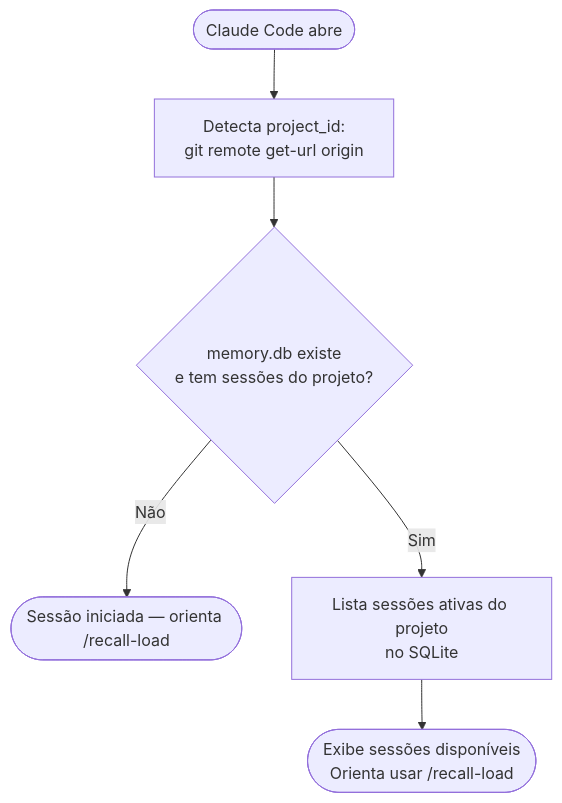
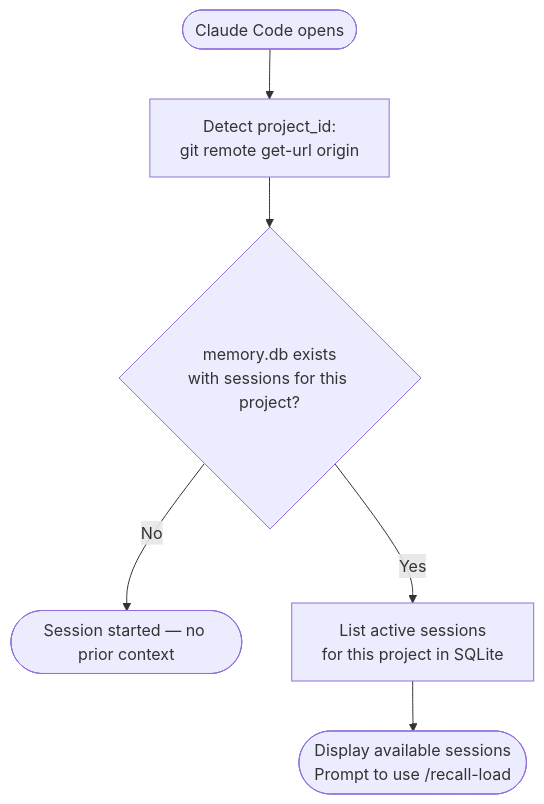
Before and after one commit to altvoratech/recall: the first of 5 diagrams in FLUXO-ATUAL.md, drawn with Mermaid. The commit also changed other lines of this file and 1 other file, not shown here.

````diff
--- a/FLUXO-ATUAL.md
+++ b/FLUXO-ATUAL.md
@@ -83,10 +108,10 @@
 ```mermaid
 flowchart TD
-    A([Claude Code abre]) --> B[Detecta project_id:\ngit remote get-url origin]
+    A([Claude Code opens]) --> B[Detect project_id:\ngit remote get-url origin]
 
-    B --> C{memory.db existe\ne tem sessões do projeto?}
-    C -->|Não| D([Sessão iniciada — orienta /recall-load])
-    C -->|Sim| E[Lista sessões ativas do projeto\nno SQLite]
+    B --> C{memory.db exists\nwith sessions for this project?}
+    C -->|No| D([Session started — no prior context])
+    C -->|Yes| E[List active sessions\nfor this project in SQLite]
 
-    E --> F([Exibe sessões disponíveis\nOrienta usar /recall-load])
+    E --> F([Display available sessions\nPrompt to use /recall-load])
 ```
````
